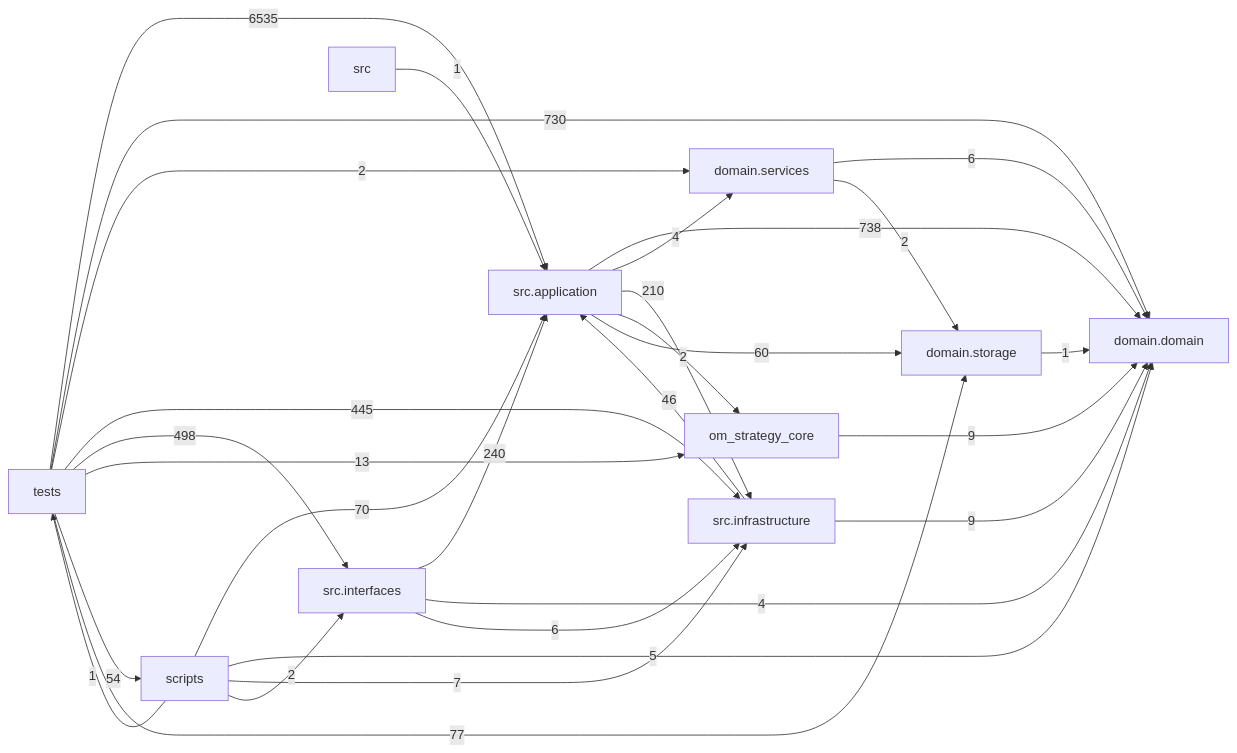
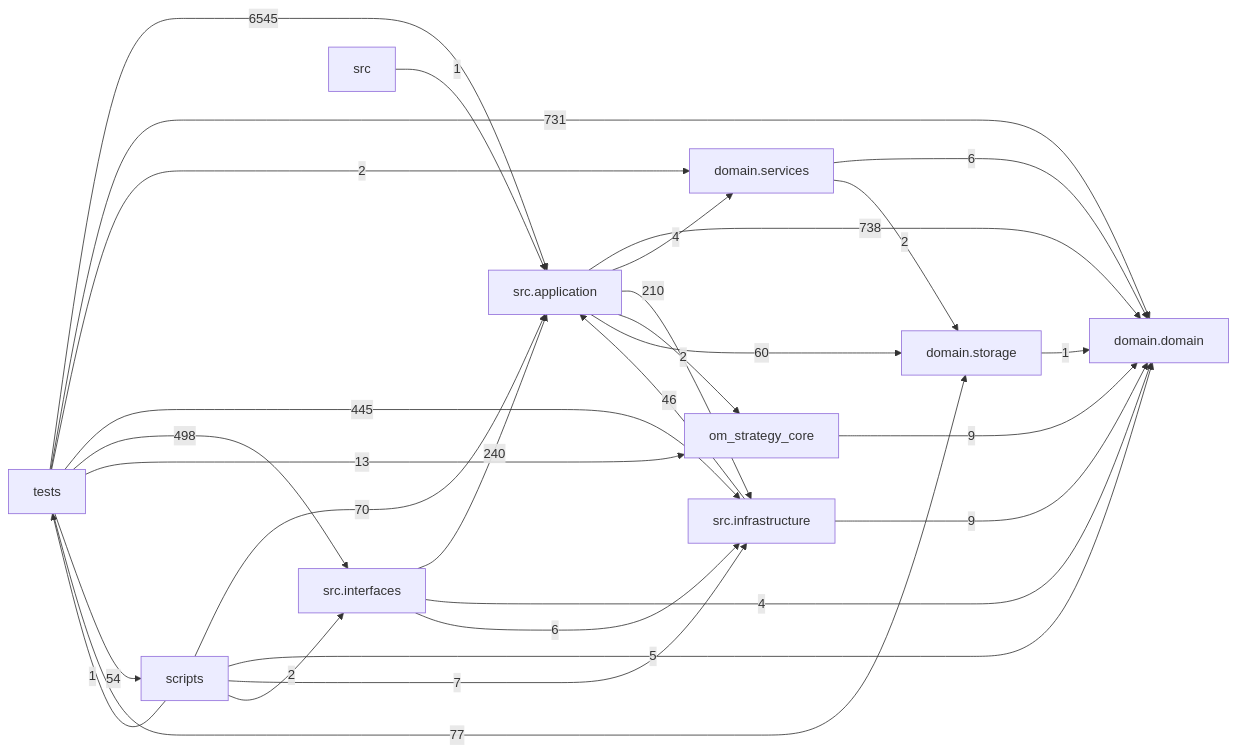
The diagram in docs/DEPENDENCY_GRAPH.md (liuxie066/options-monitor), drawn with Mermaid before and after one commit. The commit also changed other lines of this file and 5 other files, not shown here.

````diff
--- a/docs/DEPENDENCY_GRAPH.md
+++ b/docs/DEPENDENCY_GRAPH.md
@@ -24,39 +24,39 @@
 ```mermaid
 flowchart LR
   tests["tests"]
   scripts["scripts"]
   interfaces["src.interfaces"]
   application["src.application"]
   infrastructure["src.infrastructure"]
   domain_services["domain.services"]
   domain["domain.domain"]
   storage["domain.storage"]
   application -->|738| domain
   application -->|4| domain_services
   application -->|210| infrastructure
   application -->|2| om_strategy_core
   application -->|60| storage
   domain_services -->|6| domain
   domain_services -->|2| storage
   infrastructure -->|46| application
   infrastructure -->|9| domain
   interfaces -->|240| application
   interfaces -->|4| domain
   interfaces -->|6| infrastructure
   om_strategy_core -->|9| domain
   scripts -->|70| application
   scripts -->|5| domain
   scripts -->|7| infrastructure
   scripts -->|2| interfaces
   scripts -->|1| tests
   src -->|1| application
   storage -->|1| domain
-  tests -->|6535| application
-  tests -->|730| domain
+  tests -->|6545| application
+  tests -->|731| domain
   tests -->|2| domain_services
   tests -->|445| infrastructure
   tests -->|498| interfaces
   tests -->|13| om_strategy_core
   tests -->|54| scripts
   tests -->|77| storage
 ```
````
